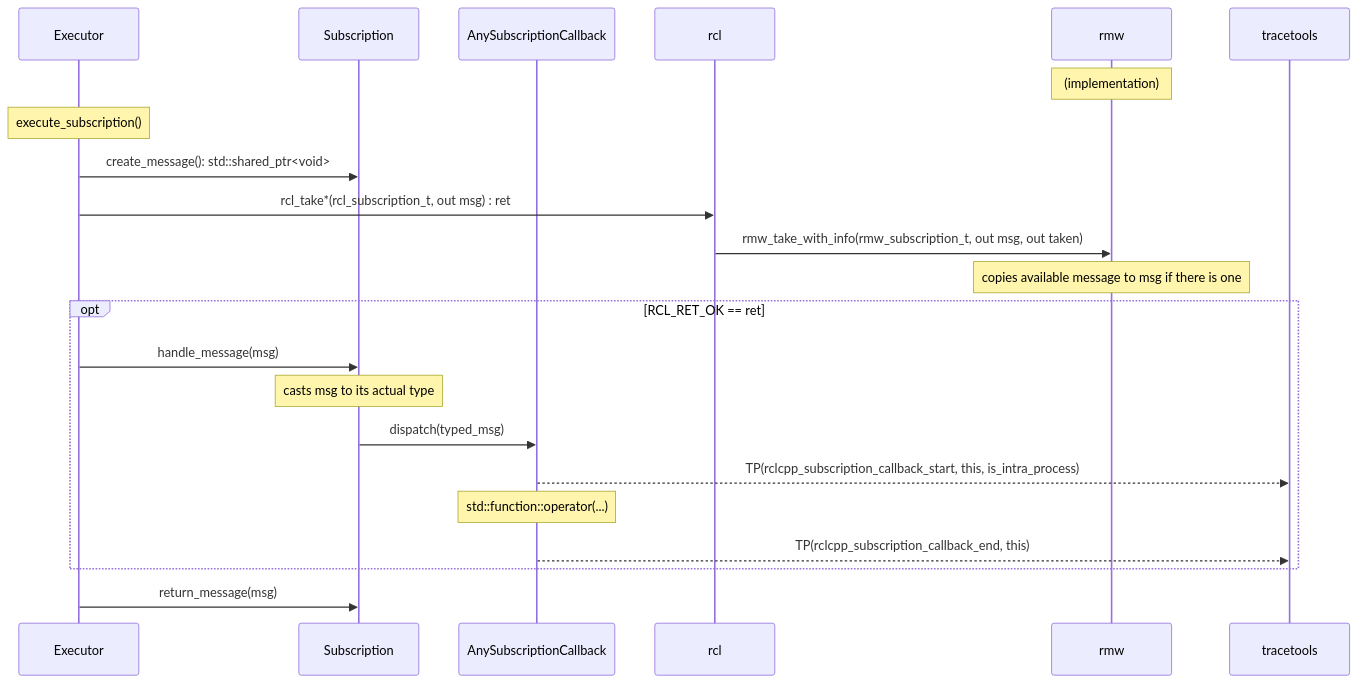
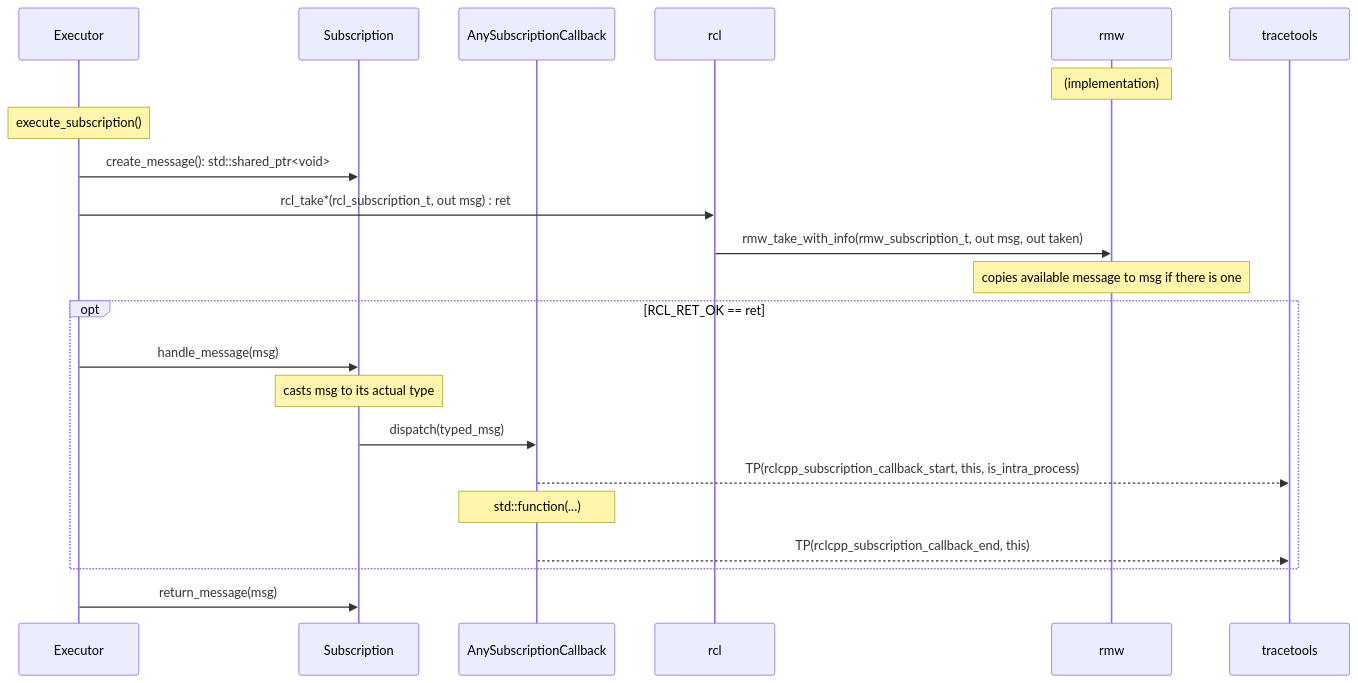
Before and after one commit to ros2/ros2_tracing: the sixth of 7 diagrams in doc/design_ros_2.md, drawn with Mermaid.

Commit message:
Remove mention of operator() for std::function call

````diff
--- a/doc/design_ros_2.md
+++ b/doc/design_ros_2.md
@@ -184,26 +184,26 @@
 ```mermaid
 sequenceDiagram
     participant Executor
     participant Subscription
     participant AnySubscriptionCallback
     participant rcl
     participant rmw
     participant tracetools
 
     Note over rmw: (implementation)
 
     Note over Executor: execute_subscription()
     Executor->>Subscription: create_message(): std::shared_ptr<void>
     Executor->>rcl: rcl_take*(rcl_subscription_t, out msg) : ret
     rcl->>rmw: rmw_take_with_info(rmw_subscription_t, out msg, out taken)
     Note over rmw: copies available message to msg if there is one
     opt RCL_RET_OK == ret
         Executor->>Subscription: handle_message(msg)
         Note over Subscription: casts msg to its actual type
         Subscription->>AnySubscriptionCallback: dispatch(typed_msg)
         AnySubscriptionCallback-->>tracetools: TP(rclcpp_subscription_callback_start, this, is_intra_process)
-        Note over AnySubscriptionCallback: std::function::operator(...)
+        Note over AnySubscriptionCallback: std::function(...)
         AnySubscriptionCallback-->>tracetools: TP(rclcpp_subscription_callback_end, this)
     end
     Executor->>Subscription: return_message(msg)
 ```
````
